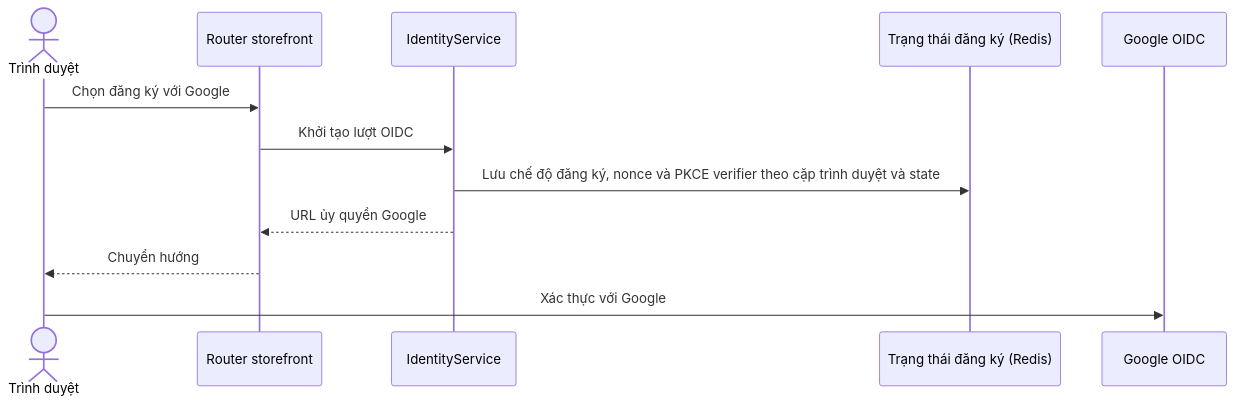
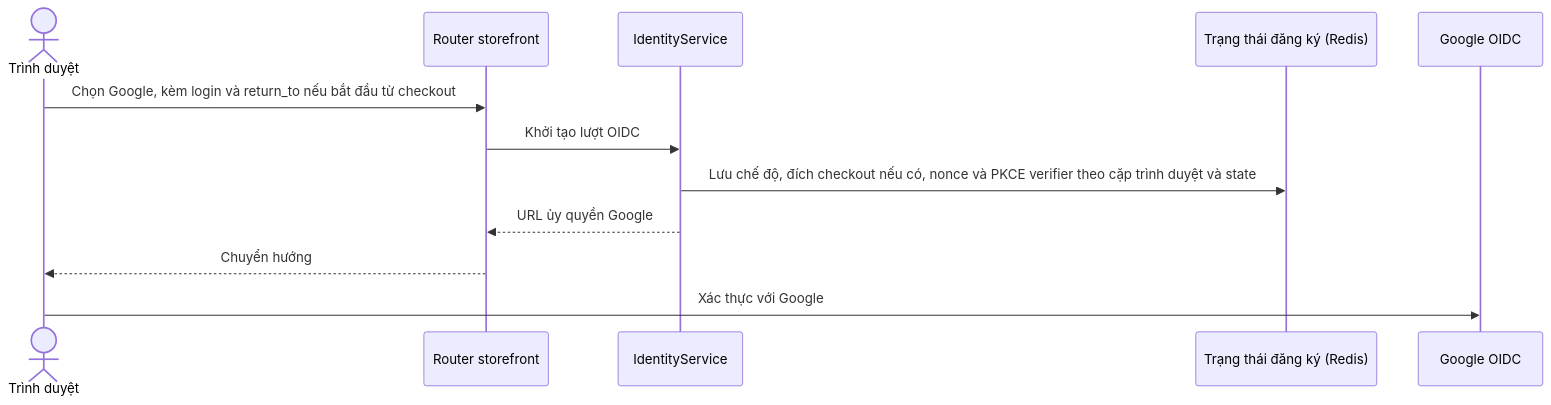
One commit to thanhklt/sobie-swimwear-e-commerce changed the diagram in docs/sequence/identity/get-register-google.md. Above: the diagram before and after it, drawn with Mermaid. The commit also changed other lines of this file and 72 other files, not shown here.

````diff
--- a/docs/sequence/identity/get-register-google.md
+++ b/docs/sequence/identity/get-register-google.md
@@ -5,14 +5,14 @@
 ```mermaid
 sequenceDiagram
     actor Browser as Trình duyệt
     participant Route as Router storefront
     participant Service as IdentityService
     participant Redis as Trạng thái đăng ký (Redis)
     participant Google as Google OIDC
-    Browser->>Route: Chọn đăng ký với Google
+    Browser->>Route: Chọn Google, kèm login và return_to nếu bắt đầu từ checkout
     Route->>Service: Khởi tạo lượt OIDC
-    Service->>Redis: Lưu chế độ đăng ký, nonce và PKCE verifier theo cặp trình duyệt và state
+    Service->>Redis: Lưu chế độ, đích checkout nếu có, nonce và PKCE verifier theo cặp trình duyệt và state
     Service-->>Route: URL ủy quyền Google
     Route-->>Browser: Chuyển hướng
     Browser->>Google: Xác thực với Google
 ```
````
